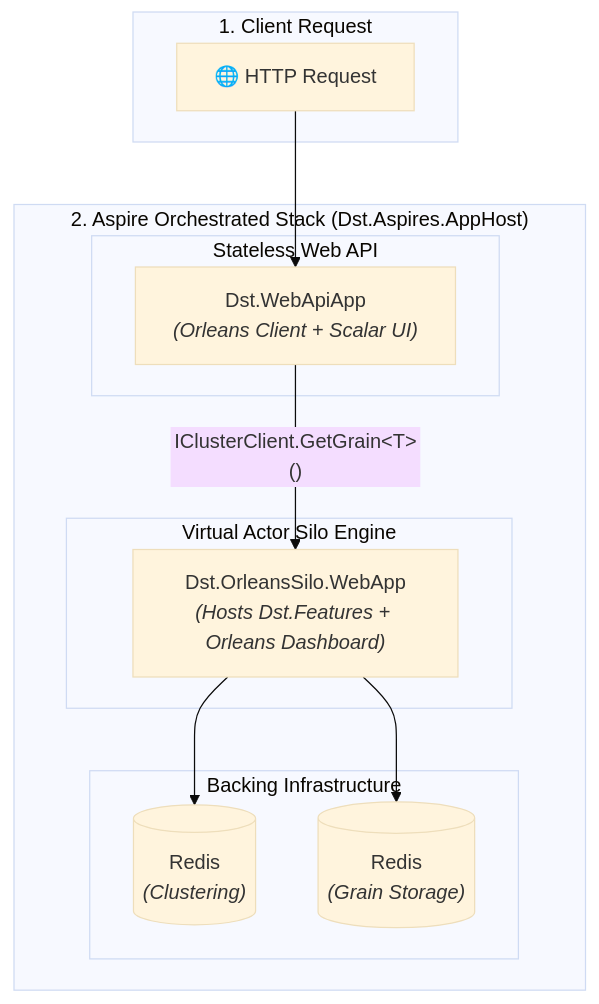
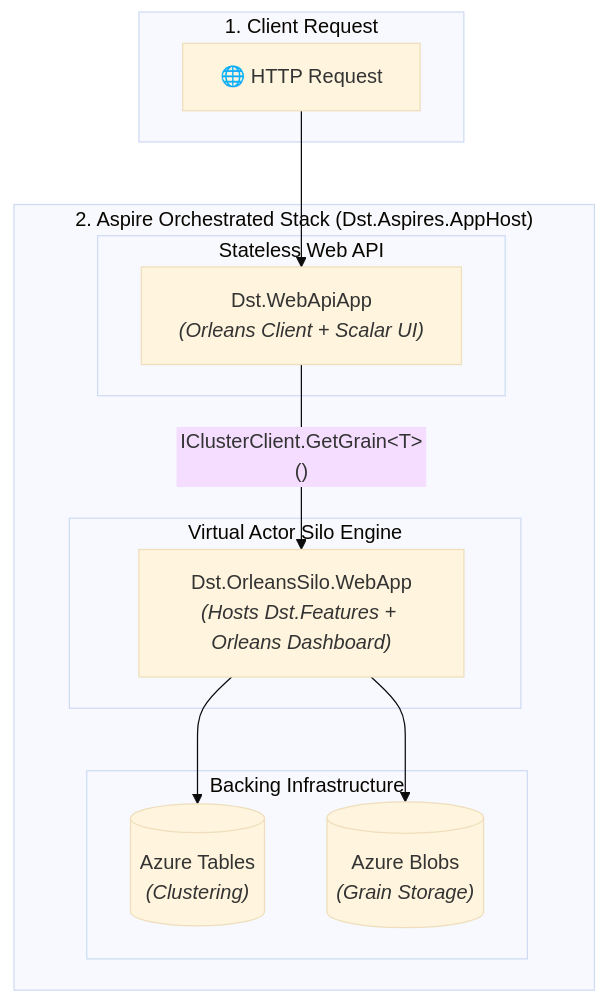
One commit to unreal-dotnet-ds-template/distribution-system-template changed the diagram in README.md. Above: the diagram before and after it, drawn with Mermaid (base theme). The commit also changed other lines of this file and 31 other files, not shown here.

````diff
--- a/README.md
+++ b/README.md
@@ -98,26 +98,26 @@
 ```mermaid
 flowchart TD
     subgraph ClientLayer ["1. Client Request"]
         HTTP["🌐 HTTP Request"]
     end
 
     subgraph AppHost ["2. Aspire Orchestrated Stack (Dst.Aspires.AppHost)"]
         subgraph Gateway ["Stateless Web API"]
             API["Dst.WebApiApp<br/><i>(Orleans Client + Scalar UI)</i>"]
         end
 
         subgraph Compute ["Virtual Actor Silo Engine"]
             SILO["Dst.OrleansSilo.WebApp<br/><i>(Hosts Dst.Features + Orleans Dashboard)</i>"]
         end
 
         subgraph Storage ["Backing Infrastructure"]
-            REDIS_C[("Redis<br/><i>(Clustering)</i>")]
-            REDIS_S[("Redis<br/><i>(Grain Storage)</i>")]
+            REDIS_C[("Azure Tables<br/><i>(Clustering)</i>")]
+            REDIS_S[("Azure Blobs<br/><i>(Grain Storage)</i>")]
         end
     end
 
     HTTP --> API
     API -->|"IClusterClient.GetGrain&lt;T&gt;()"| SILO
     SILO --> REDIS_C
     SILO --> REDIS_S
 ```
````
